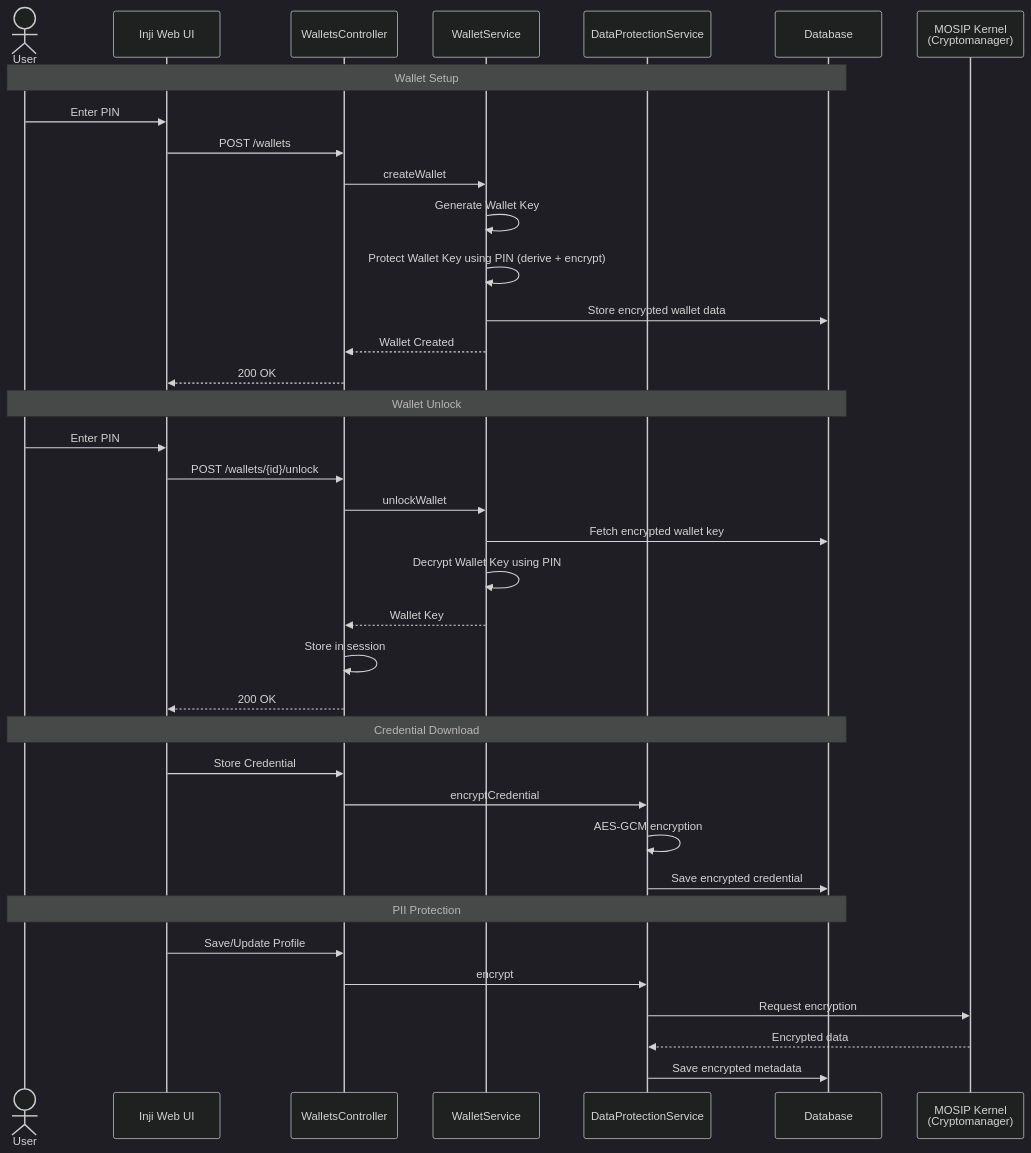
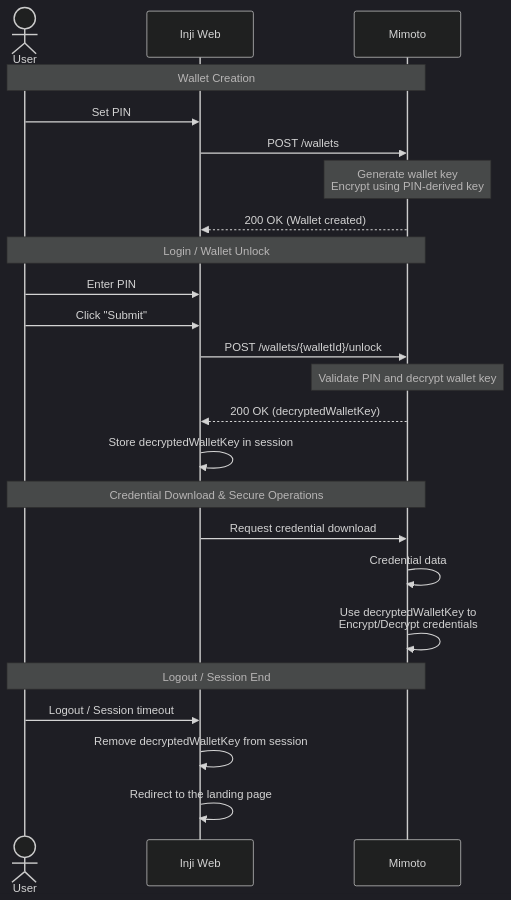
The diagram in docs/PinBasedDataEncryption.md (inji/inji-web), drawn with Mermaid (dark theme) before and after one commit. The commit also changed other lines of this file and 2 other files, not shown here.

Commit message:
docs(inji-web) made the backend details generic and moved a few sections to mimoto documentation

````diff
--- a/docs/PinBasedDataEncryption.md
+++ b/docs/PinBasedDataEncryption.md
@@ -60,43 +62,34 @@
 ```mermaid
 sequenceDiagram
     actor User
-    participant UI as Inji Web UI
-    participant WC as WalletsController
-    participant WS as WalletService
-    participant DPS as DataProtectionService
-    participant DB as Database
-    participant KC as MOSIP Kernel<br/>(Cryptomanager)
+    participant UI as Inji Web
+    participant Mimoto as Mimoto
 
-    Note over User, DB: Wallet Setup
+    %% --- Wallet Creation ---
+    Note over User, Mimoto: Wallet Creation
+    User->>UI: Set PIN
+    UI->>Mimoto: POST /wallets
+    Note over Mimoto: Generate wallet key<br>Encrypt using PIN-derived key
+    Mimoto-->>UI: 200 OK (Wallet created)
+
+    %% --- Login / Unlock ---
+    Note over User, Mimoto: Login / Wallet Unlock
     User->>UI: Enter PIN
-    UI->>WC: POST /wallets
-    WC->>WS: createWallet
-    WS->>WS: Generate Wallet Key
-    WS->>WS: Protect Wallet Key using PIN (derive + encrypt)
-    WS->>DB: Store encrypted wallet data
-    WS-->>WC: Wallet Created
-    WC-->>UI: 200 OK
+    User->>UI: Click "Submit"
+    UI->>Mimoto: POST /wallets/{walletId}/unlock
+    Note over Mimoto: Validate PIN and decrypt wallet key
+    Mimoto-->>UI: 200 OK (decryptedWalletKey)
+    UI->>UI: Store decryptedWalletKey in session
 
-    Note over User, DB: Wallet Unlock
-    User->>UI: Enter PIN
-    UI->>WC: POST /wallets/{id}/unlock
-    WC->>WS: unlockWallet
-    WS->>DB: Fetch encrypted wallet key
-    WS->>WS: Decrypt Wallet Key using PIN
-    WS-->>WC: Wallet Key
-    WC->>WC: Store in session
-    WC-->>UI: 200 OK
+    %% --- Credential Download & Secure Usage ---
+    Note over User, Mimoto: Credential Download & Secure Operations
+    UI->>Mimoto: Request credential download
+    Mimoto->>Mimoto: Credential data
+    Mimoto->>Mimoto: Use decryptedWalletKey to<br>Encrypt/Decrypt credentials
 
-    Note over User, DB: Credential Download
-    UI->>WC: Store Credential
-    WC->>DPS: encryptCredential
-    DPS->>DPS: AES-GCM encryption
-    DPS->>DB: Save encrypted credential
-
-    Note over User, DB: PII Protection
-    UI->>WC: Save/Update Profile
-    WC->>DPS: encrypt
-    DPS->>KC: Request encryption
-    KC-->>DPS: Encrypted data
-    DPS->>DB: Save encrypted metadata
+    %% --- Logout / Session End ---
+    Note over User, Mimoto: Logout / Session End
+    User->>UI: Logout / Session timeout
+    UI->>UI: Remove decryptedWalletKey from session
+    UI->>UI: Redirect to the landing page
 ```
````
